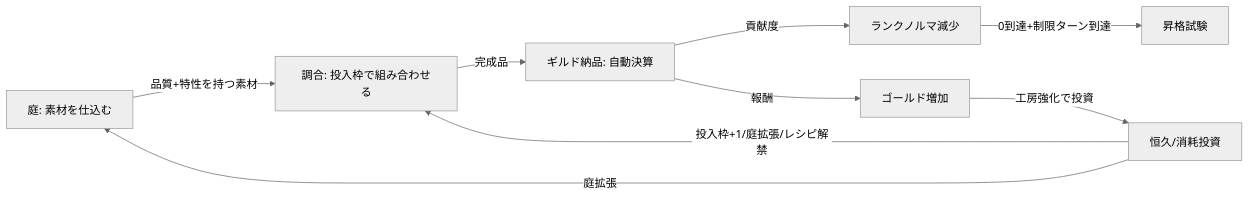
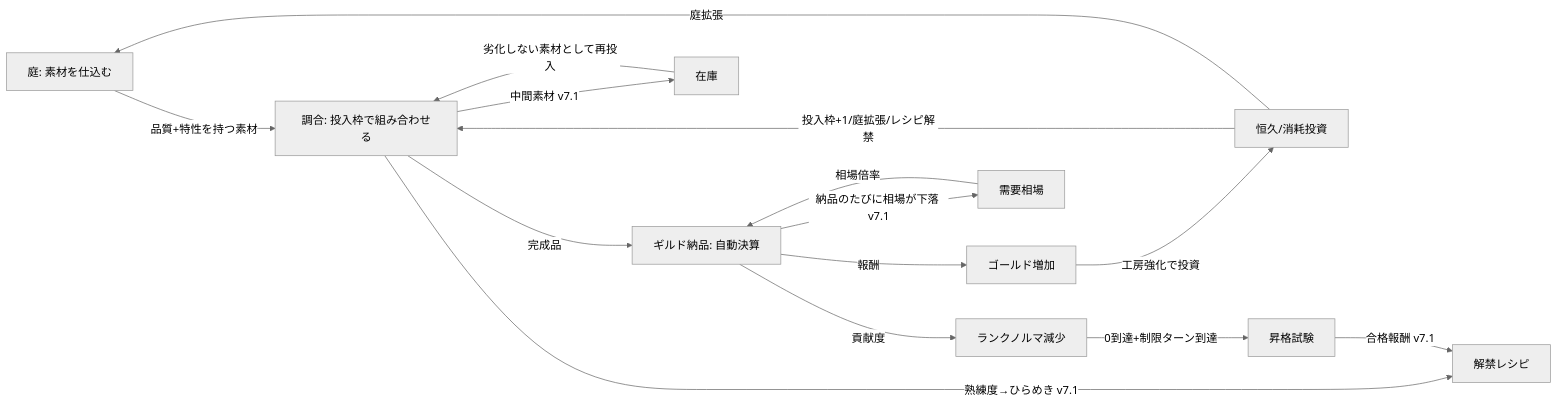
The second of 2 diagrams in docs/design/atelier-alchemy-core/game-mechanics.md (yaguma/alchemy-atelier), drawn with Mermaid (neutral theme) before and after one commit. The commit also changed other lines of this file and 9 other files, not shown here.

````diff
--- a/docs/design/atelier-alchemy-core/game-mechanics.md
+++ b/docs/design/atelier-alchemy-core/game-mechanics.md
@@ -131,11 +172,17 @@
 ```mermaid
 graph LR
     Garden[庭: 素材を仕込む] -->|品質+特性を持つ素材| Alchemy[調合: 投入枠で組み合わせる]
     Alchemy -->|完成品| Guild[ギルド納品: 自動決算]
     Guild -->|貢献度| RankQuota[ランクノルマ減少]
     Guild -->|報酬| Gold[ゴールド増加]
     Gold -->|工房強化で投資| Workshop[恒久/消耗投資]
     Workshop -->|投入枠+1/庭拡張/レシピ解禁| Alchemy
     Workshop -->|庭拡張| Garden
     RankQuota -->|0到達+制限ターン到達| Promotion[昇格試験]
+    Alchemy -->|中間素材 v7.1| Garden2[在庫]
+    Garden2 -->|劣化しない素材として再投入| Alchemy
+    Alchemy -->|熟練度→ひらめき v7.1| Recipes[解禁レシピ]
+    Guild -->|納品のたびに相場が下落 v7.1| Market[需要相場]
+    Market -->|相場倍率| Guild
+    Promotion -->|合格報酬 v7.1| Recipes
 ```
````
